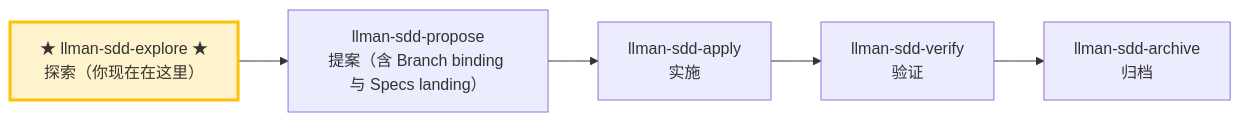
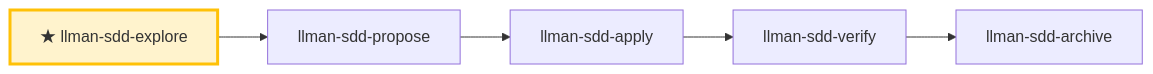
Before and after one commit to StrayDragon/xylitol: the diagram in .agents/skills/llman-sdd-explore/SKILL.md, drawn with Mermaid. The commit also changed other lines of this file and 13 other files, not shown here.

First line of the commit message:
chore(skills): refresh llman-sdd skills to 0.5.0 official templates (init --update)

````diff
--- a/.agents/skills/llman-sdd-explore/SKILL.md
+++ b/.agents/skills/llman-sdd-explore/SKILL.md
@@ -32,10 +31,9 @@
 ```mermaid
 flowchart LR
-    explore["★ llman-sdd-explore ★<br/>探索（你现在在这里）"]
-    explore --> propose["llman-sdd-propose<br/>提案（含 Branch binding 与 Specs landing）"]
-    propose --> apply["llman-sdd-apply<br/>实施"]
-    apply --> verify["llman-sdd-verify<br/>验证"]
-    verify --> archive["llman-sdd-archive<br/>归档"]
+    explore["★ llman-sdd-explore"] --> propose["llman-sdd-propose"]
+    propose --> apply["llman-sdd-apply"]
+    apply --> verify["llman-sdd-verify"]
+    verify --> archive["llman-sdd-archive"]
 
     style explore fill:#fff3cd,stroke:#ffc107,stroke-width:3px
 ```
````
